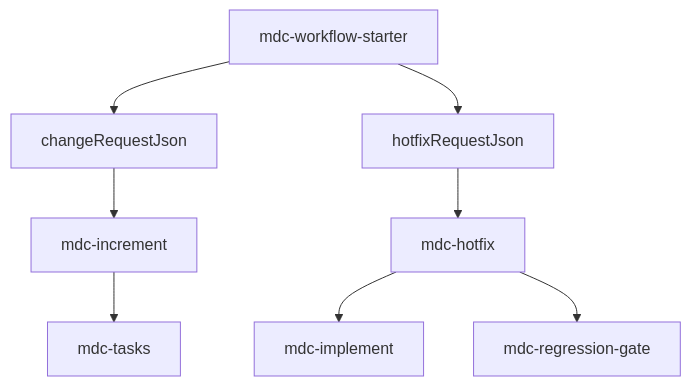
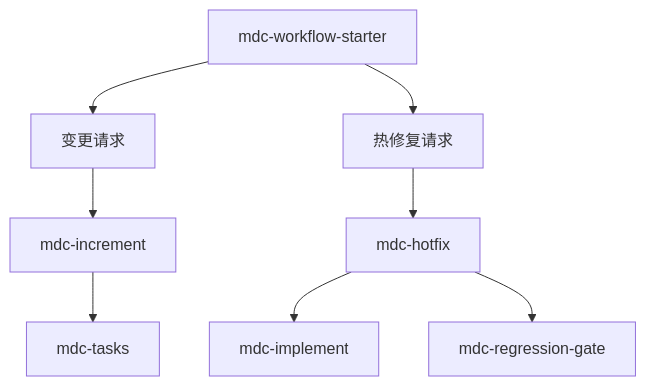
One commit to hujianbest/garage-teams changed the third of 3 diagrams in workflow-skills/mdc-skills-design.md. Above: the diagram before and after it, drawn with Mermaid. The commit also changed other lines of this file and 12 other files, not shown here.

````diff
--- a/workflow-skills/mdc-skills-design.md
+++ b/workflow-skills/mdc-skills-design.md
@@ -600,19 +601,19 @@
 ```mermaid
 flowchart TD
     starter[mdc-workflow-starter]
-    changeReq[changeRequestJson]
-    hotfixReq[hotfixRequestJson]
+    changeReq[变更请求]
+    hotfixReq[热修复请求]
     increment[mdc-increment]
     hotfix[mdc-hotfix]
     tasks[mdc-tasks]
     implement[mdc-implement]
     regressionGate[mdc-regression-gate]
 
     starter --> changeReq
     starter --> hotfixReq
     changeReq --> increment
     increment --> tasks
     hotfixReq --> hotfix
     hotfix --> implement
     hotfix --> regressionGate
 ```
````
